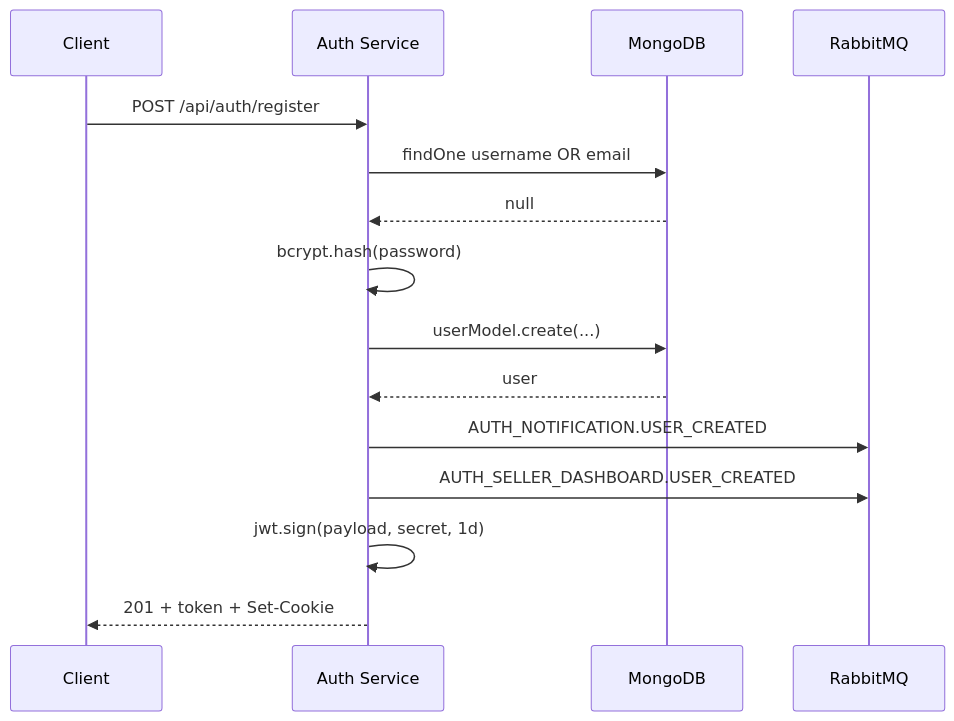
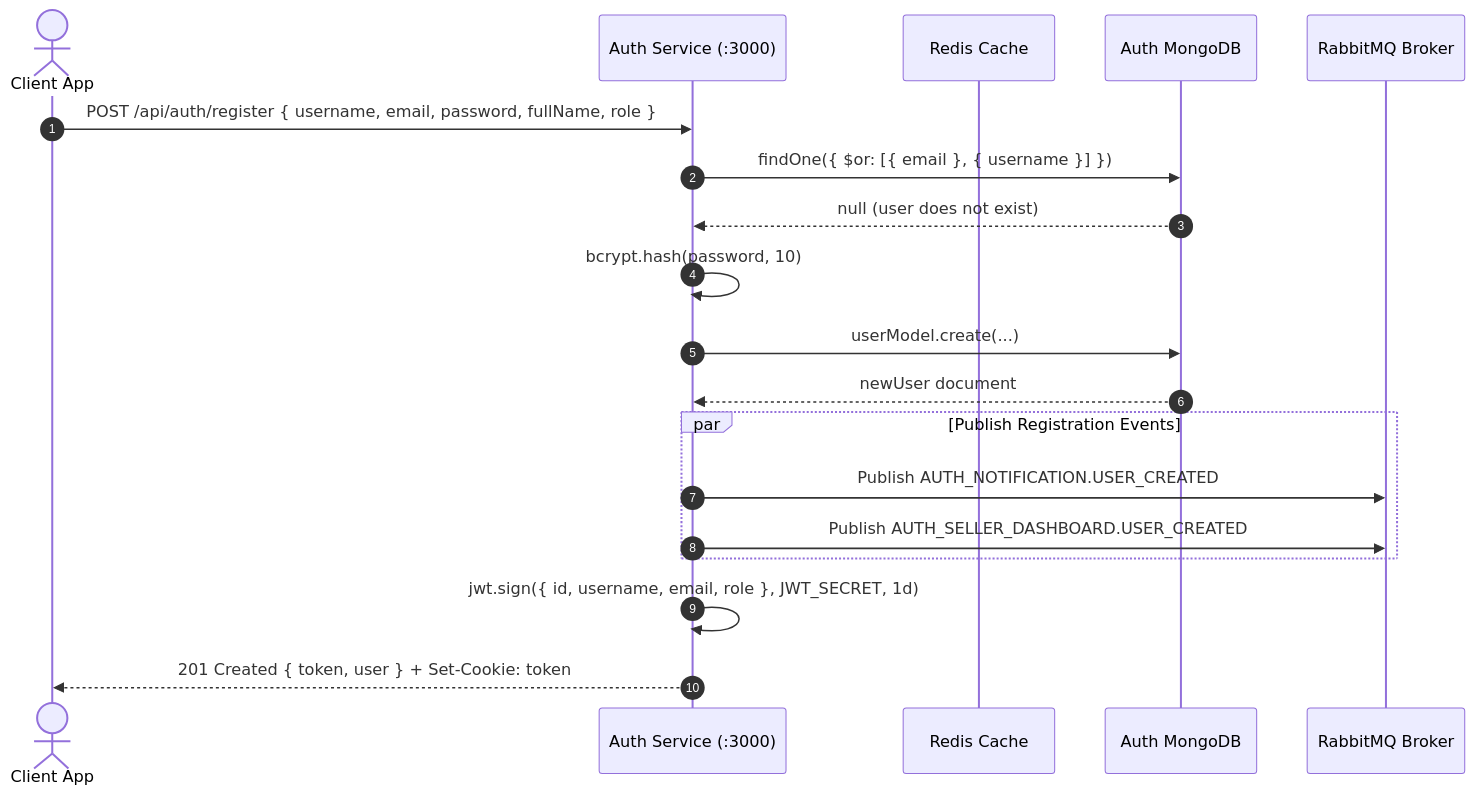
The third of 17 diagrams in README.md (itsam-13/Vendora), drawn with Mermaid before and after one commit. The commit also changed other lines of this file, not shown here.

Commit message:
docs: update README.md with comprehensive microservices architecture and event topology

````diff
--- a/README.md
+++ b/README.md
@@ -322,18 +450,22 @@
 ```mermaid
 sequenceDiagram
-    participant C as Client
-    participant A as Auth Service
-    participant DB as MongoDB
-    participant MQ as RabbitMQ
+    autonumber
+    actor Client as Client App
+    participant Auth as Auth Service (:3000)
+    participant Redis as Redis Cache
+    participant DB as Auth MongoDB
+    participant MQ as RabbitMQ Broker
 
-    C->>A: POST /api/auth/register
-    A->>DB: findOne username OR email
-    DB-->>A: null
-    A->>A: bcrypt.hash(password)
-    A->>DB: userModel.create(...)
-    DB-->>A: user
-    A->>MQ: AUTH_NOTIFICATION.USER_CREATED
-    A->>MQ: AUTH_SELLER_DASHBOARD.USER_CREATED
-    A->>A: jwt.sign(payload, secret, 1d)
-    A-->>C: 201 + token + Set-Cookie
+    Client->>Auth: POST /api/auth/register { username, email, password, fullName, role }
+    Auth->>DB: findOne({ $or: [{ email }, { username }] })
+    DB-->>Auth: null (user does not exist)
+    Auth->>Auth: bcrypt.hash(password, 10)
+    Auth->>DB: userModel.create(...)
+    DB-->>Auth: newUser document
+    par Publish Registration Events
+        Auth->>MQ: Publish AUTH_NOTIFICATION.USER_CREATED
+        Auth->>MQ: Publish AUTH_SELLER_DASHBOARD.USER_CREATED
+    end
+    Auth->>Auth: jwt.sign({ id, username, email, role }, JWT_SECRET, 1d)
+    Auth-->>Client: 201 Created { token, user } + Set-Cookie: token
 ```
````
